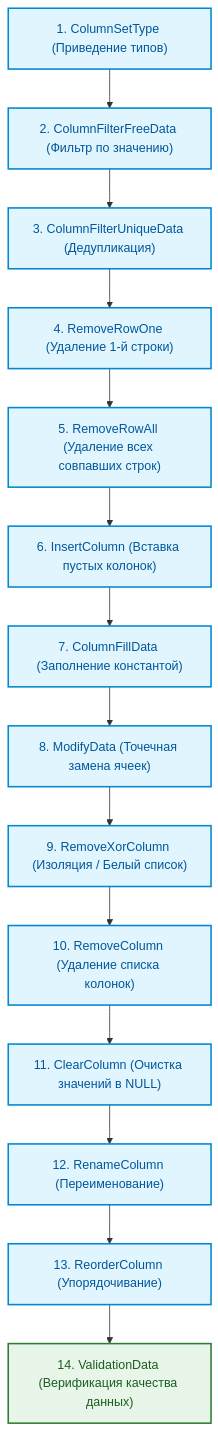
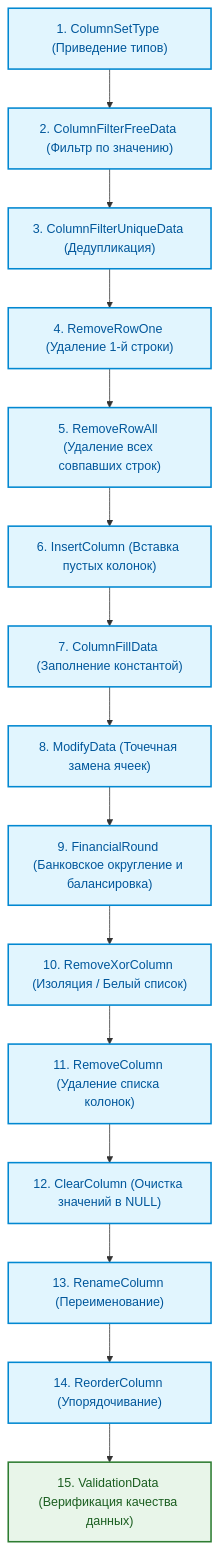
The third of 4 diagrams in 03__Проект/05__pq-script/01__general/03__ETL-processing/README-etl-processor.md (Konkery/Project-1_2026-N2-MAS), drawn with Mermaid before and after one commit. The commit also changed other lines of this file and 9 other files, not shown here.

````diff
--- a/03__Проект/05__pq-script/01__general/03__ETL-processing/README-etl-processor.md
+++ b/03__Проект/05__pq-script/01__general/03__ETL-processing/README-etl-processor.md
@@ -188,19 +191,20 @@
 ```mermaid
 flowchart TD
     classDef step fill:#E1F5FE,stroke:#0288D1,stroke-width:2px,color:#01579B;
     classDef final fill:#E8F5E9,stroke:#2E7D32,stroke-width:2px,color:#1B5E20;
 
     S1["1. ColumnSetType (Приведение типов)"]:::step --> S2["2. ColumnFilterFreeData (Фильтр по значению)"]:::step
     S2 --> S3["3. ColumnFilterUniqueData (Дедупликация)"]:::step
     S3 --> S4["4. RemoveRowOne (Удаление 1-й строки)"]:::step
     S4 --> S5["5. RemoveRowAll (Удаление всех совпавших строк)"]:::step
     S5 --> S6["6. InsertColumn (Вставка пустых колонок)"]:::step
     S6 --> S7["7. ColumnFillData (Заполнение константой)"]:::step
     S7 --> S8["8. ModifyData (Точечная замена ячеек)"]:::step
-    S8 --> S9["9. RemoveXorColumn (Изоляция / Белый список)"]:::step
-    S9 --> S10["10. RemoveColumn (Удаление списка колонок)"]:::step
-    S10 --> S11["11. ClearColumn (Очистка значений в NULL)"]:::step
-    S11 --> S12["12. RenameColumn (Переименование)"]:::step
-    S12 --> S13["13. ReorderColumn (Упорядочивание)"]:::step
-    S13 --> S14["14. ValidationData (Верификация качества данных)"]:::final
+    S8 --> S9["9. FinancialRound (Банковское округление и балансировка)"]:::step
+    S9 --> S10["10. RemoveXorColumn (Изоляция / Белый список)"]:::step
+    S10 --> S11["11. RemoveColumn (Удаление списка колонок)"]:::step
+    S11 --> S12["12. ClearColumn (Очистка значений в NULL)"]:::step
+    S12 --> S13["13. RenameColumn (Переименование)"]:::step
+    S13 --> S14["14. ReorderColumn (Упорядочивание)"]:::step
+    S14 --> S15["15. ValidationData (Верификация качества данных)"]:::final
 ```
````
